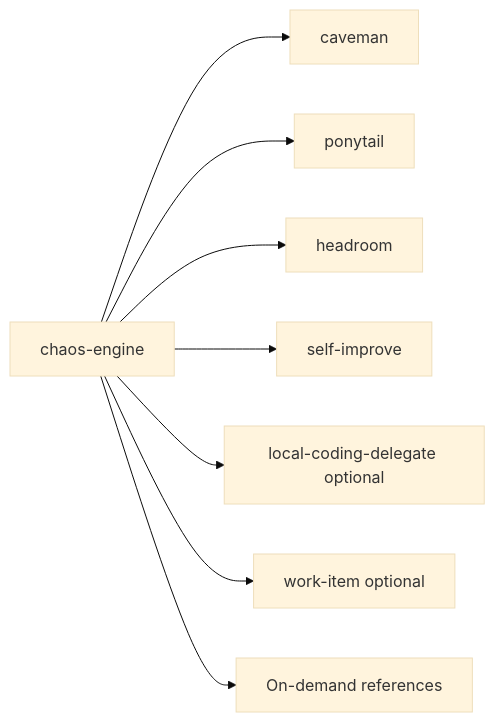
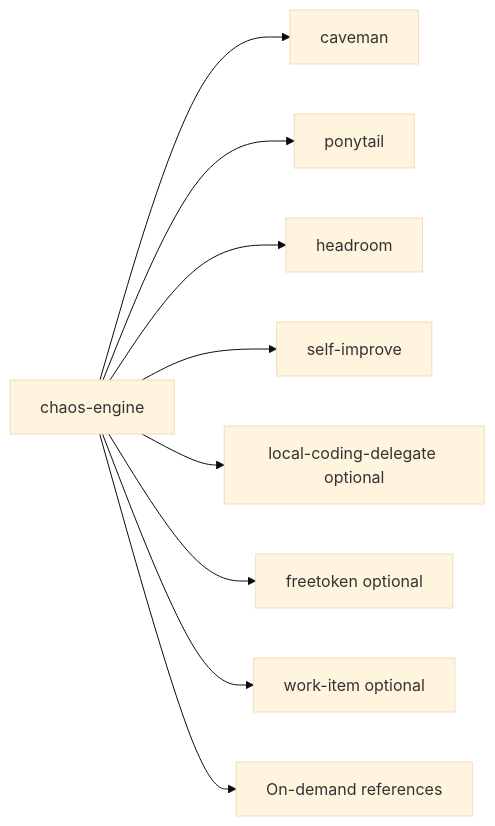
Before and after one commit to ShaftHQ/SHAFT_ENGINE: the fifth of 13 diagrams in chaos-engine/README.md, drawn with Mermaid (base theme). The commit also changed other lines of this file and 11 other files, not shown here.

First line of the commit message:
[CE] Probe optional FreeToken on loopback without installing it

````diff
--- a/chaos-engine/README.md
+++ b/chaos-engine/README.md
@@ -488,12 +499,13 @@
 ```mermaid
 flowchart LR
     accTitle: Skill topology
     accDescr: The canonical skill routes optional work skills and two pinned companions without duplicating policy.
     CE[chaos-engine] --> Caveman[caveman]
     CE --> Ponytail[ponytail]
     CE --> Headroom[headroom]
     CE --> SelfImprove[self-improve]
     CE --> Delegate[local-coding-delegate optional]
+    CE --> FreeToken[freetoken optional]
     CE --> WorkItem[work-item optional]
     CE --> Refs[On-demand references]
 ```
````
